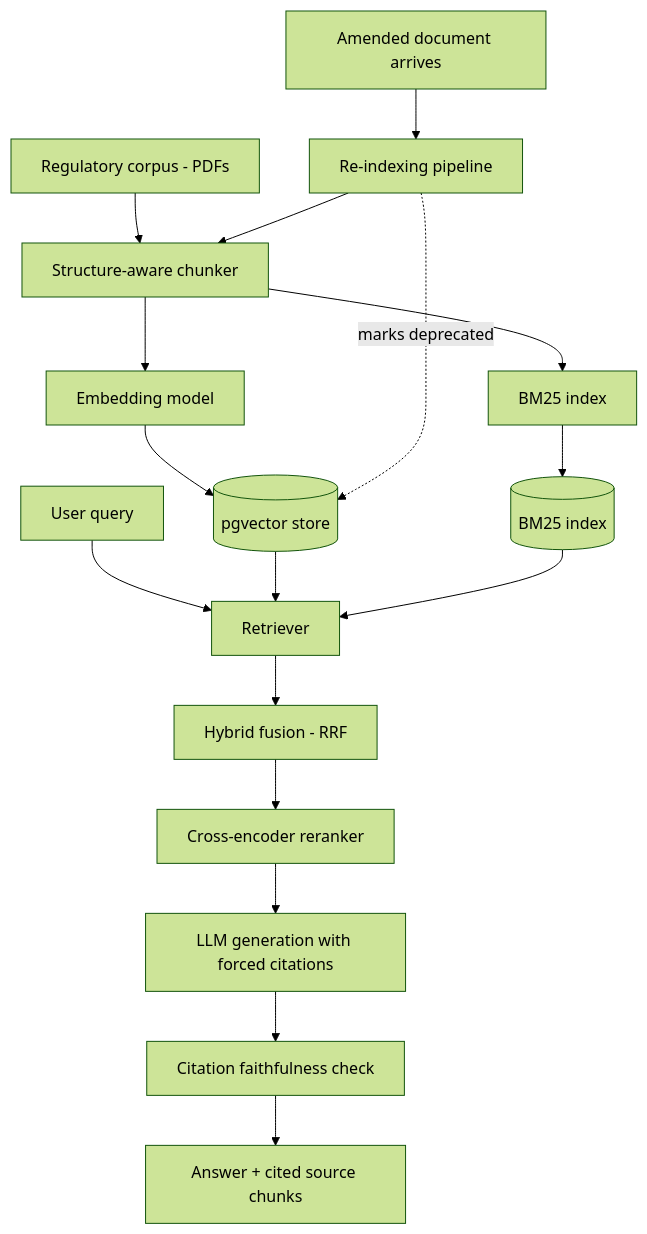
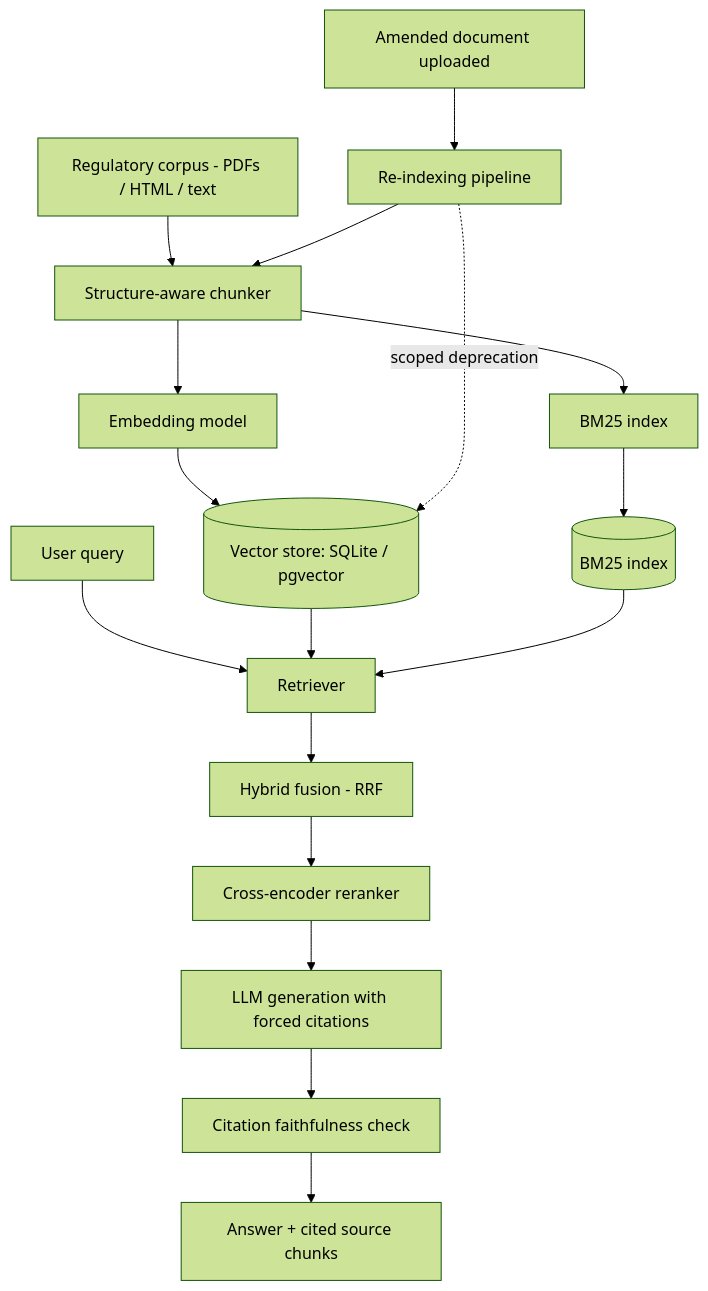
The diagram in README.md (Krypto-etox/Regulations-Tracking-RAG-System), drawn with Mermaid (forest theme) before and after one commit. The commit also changed other lines of this file and 75 other files, not shown here.

````diff
--- a/README.md
+++ b/README.md
@@ -39,19 +119,19 @@
 ```mermaid
 flowchart TD
-    A[Regulatory corpus - PDFs] --> B[Structure-aware chunker]
+    A[Regulatory corpus - PDFs / HTML / text] --> B[Structure-aware chunker]
     B --> C[Embedding model]
     B --> D[BM25 index]
-    C --> E[(pgvector store)]
+    C --> E[(Vector store: SQLite / pgvector)]
     D --> F[(BM25 index)]
     G[User query] --> H[Retriever]
     E --> H
     F --> H
     H --> I[Hybrid fusion - RRF]
     I --> J[Cross-encoder reranker]
     J --> K[LLM generation with forced citations]
     K --> L[Citation faithfulness check]
     L --> M[Answer + cited source chunks]
-    N[Amended document arrives] --> O[Re-indexing pipeline]
+    N[Amended document uploaded] --> O[Re-indexing pipeline]
     O --> B
-    O -.marks deprecated.-> E
+    O -.scoped deprecation.-> E
 ```
````
